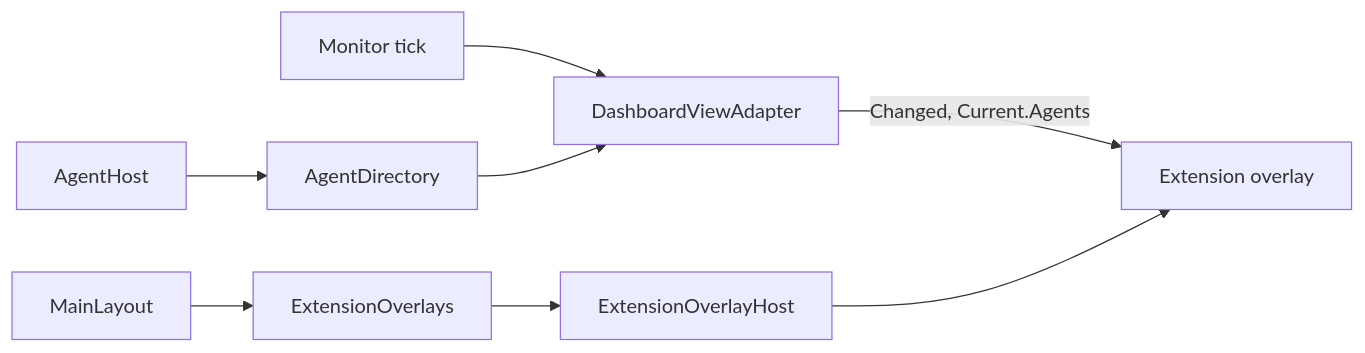
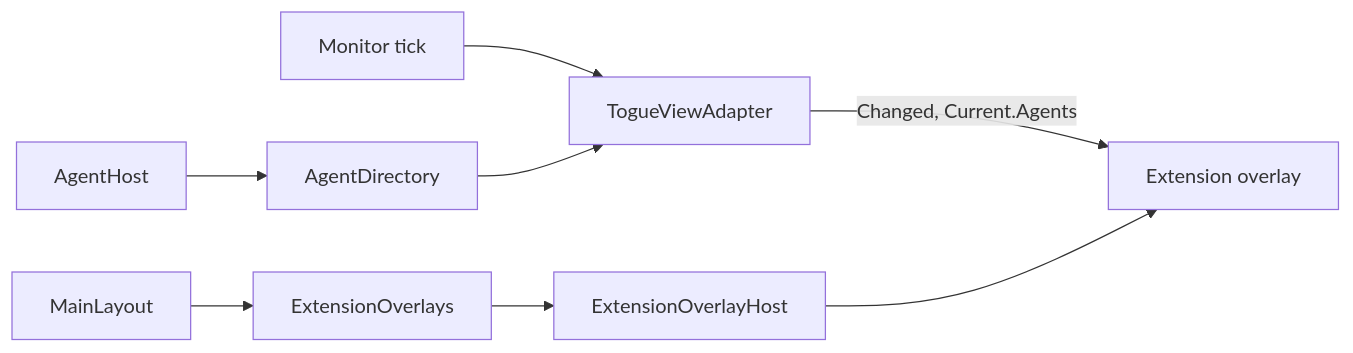
One commit to BradenTerry/Tog changed the fourth of 10 diagrams in docs/extensions.md. Above: the diagram before and after it, drawn with Mermaid. The commit also changed other lines of this file and 483 other files, not shown here.

First line of the commit message:
Rename the app from Agents Dashboard to Togue

````diff
--- a/docs/extensions.md
+++ b/docs/extensions.md
@@ -228,7 +228,7 @@
 ```mermaid
 flowchart LR
-    Monitor[Monitor tick] --> Adapter[DashboardViewAdapter]
+    Monitor[Monitor tick] --> Adapter[TogueViewAdapter]
     Host[AgentHost] --> Directory[AgentDirectory] --> Adapter
     Adapter -->|Changed, Current.Agents| Overlay[Extension overlay]
     Layout[MainLayout] --> Layer[ExtensionOverlays] --> OverlayHost[ExtensionOverlayHost] --> Overlay
 ```
````
